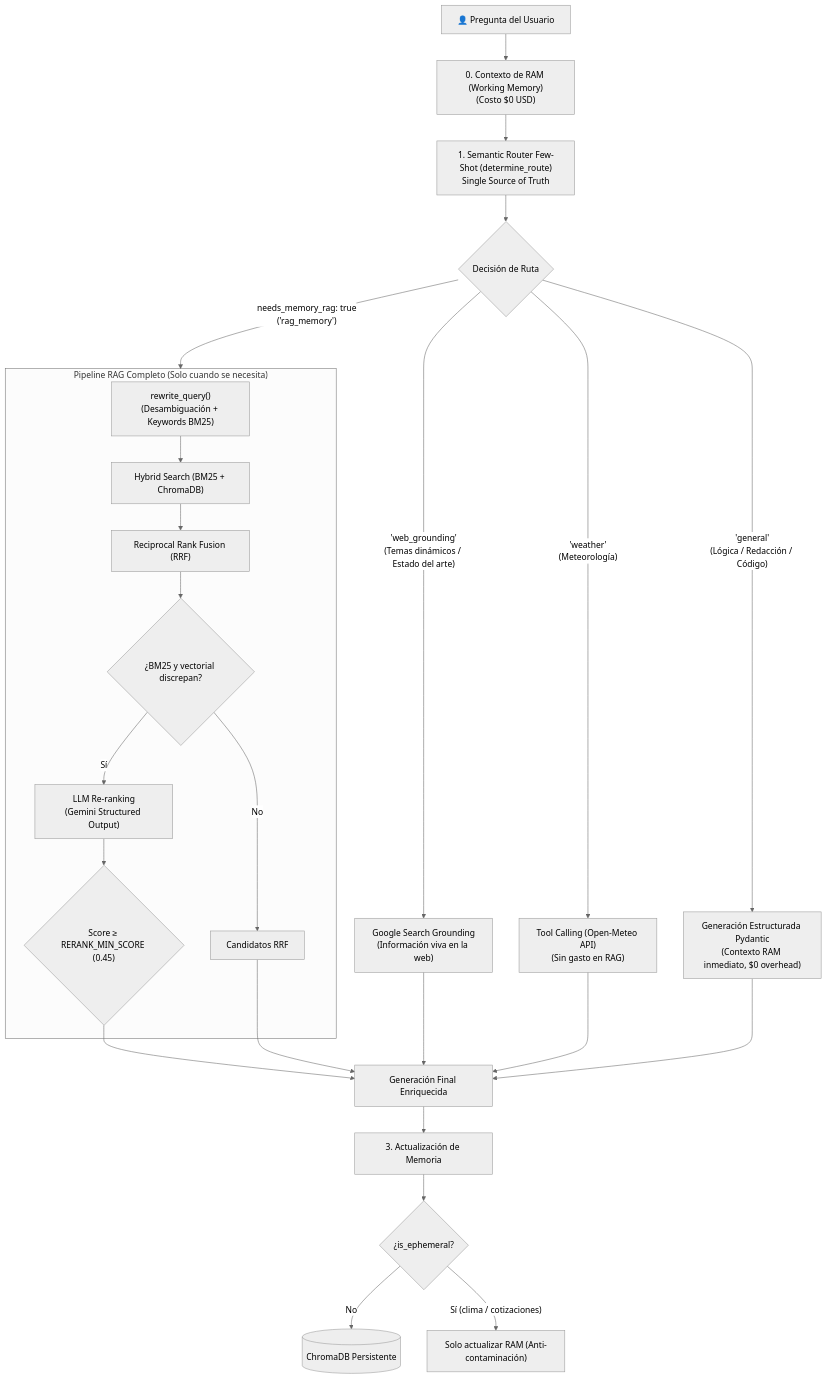
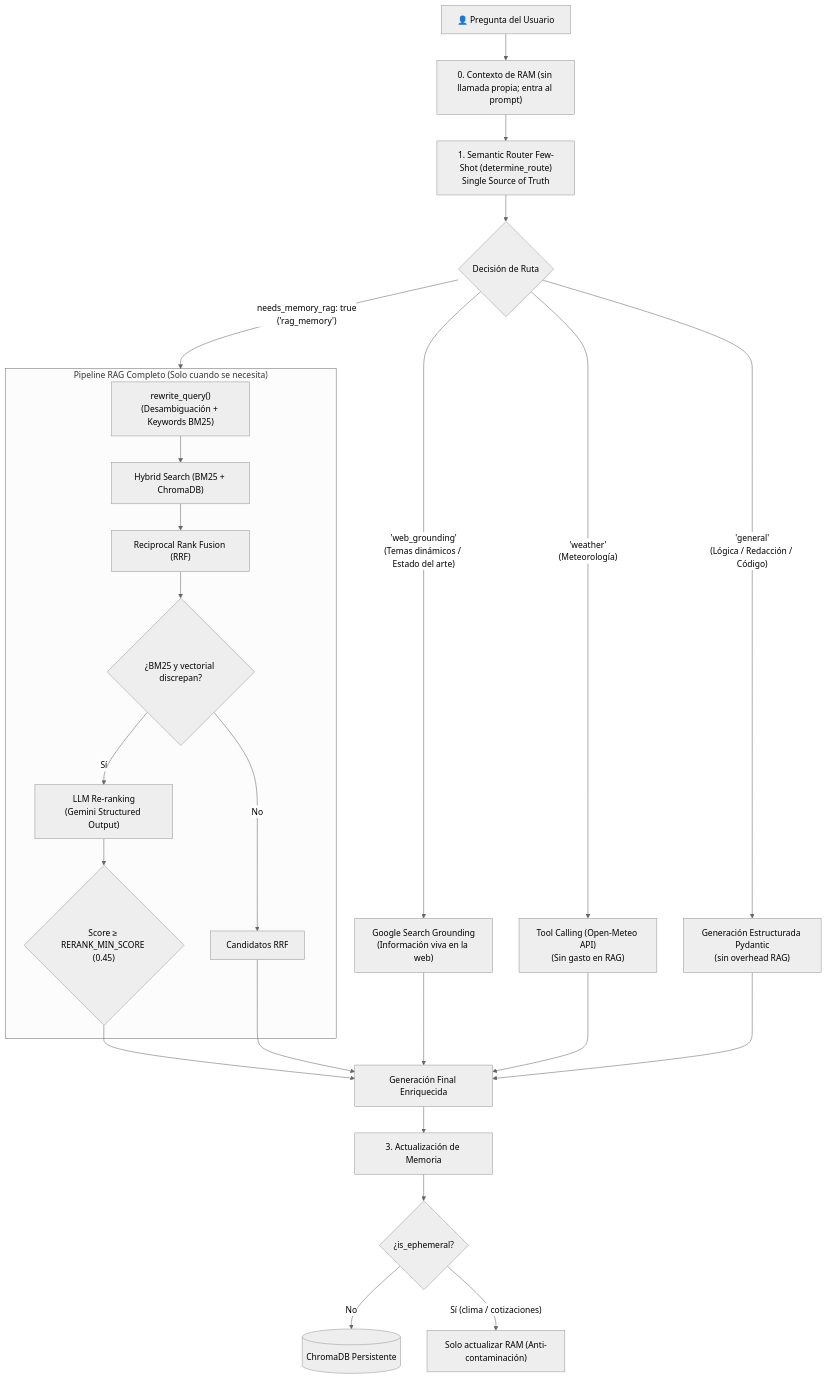
The second of 4 diagrams in README.md (misikss/llm-cli), drawn with Mermaid (neutral theme) before and after one commit. The commit also changed other lines of this file and 12 other files, not shown here.

````diff
--- a/README.md
+++ b/README.md
@@ -47,33 +47,33 @@
 ```mermaid
 flowchart TD
-    UserQuery["👤 Pregunta del Usuario"] --> RAMContext["0. Contexto de RAM (Working Memory)<br/>(Costo $0 USD)"]
+    UserQuery["👤 Pregunta del Usuario"] --> RAMContext["0. Contexto de RAM (sin llamada propia; entra al prompt)"]
     
     RAMContext --> Router["1. Semantic Router Few-Shot (determine_route)<br/>Single Source of Truth"]
     
     Router --> RouteDec{"Decisión de Ruta"}
     
     RouteDec -- "needs_memory_rag: true<br/>('rag_memory')" --> RAGPipeline["2. Advanced RAG Pipeline (Gateado)"]
     RouteDec -- "'web_grounding'<br/>(Temas dinámicos / Estado del arte)" --> WebGrounding["Google Search Grounding<br/>(Información viva en la web)"]
     RouteDec -- "'weather'<br/>(Meteorología)" --> WeatherTool["Tool Calling (Open-Meteo API)<br/>(Sin gasto en RAG)"]
-    RouteDec -- "'general'<br/>(Lógica / Redacción / Código)" --> DirectLLM["Generación Estructurada Pydantic<br/>(Contexto RAM inmediato, $0 overhead)"]
+    RouteDec -- "'general'<br/>(Lógica / Redacción / Código)" --> DirectLLM["Generación Estructurada Pydantic<br/>(sin overhead RAG)"]
     
     subgraph RAGPipeline ["Pipeline RAG Completo (Solo cuando se necesita)"]
         QE["rewrite_query()<br/>(Desambiguación + Keywords BM25)"] --> Hybrid["Hybrid Search (BM25 + ChromaDB)"]
         Hybrid --> RRF["Reciprocal Rank Fusion (RRF)"]
         RRF --> RerankGate{"¿BM25 y vectorial discrepan?"}
         RerankGate -- "Sí" --> LLMReranker["LLM Re-ranking<br/>(Gemini Structured Output)"]
         RerankGate -- "No" --> DirectContext["Candidatos RRF"]
         LLMReranker --> FilterScore{"Score ≥ RERANK_MIN_SCORE (0.45)"}
     end
     
     FilterScore --> LLMFinal["Generación Final Enriquecida"]
     DirectContext --> LLMFinal
     WebGrounding --> LLMFinal
     WeatherTool --> LLMFinal
     DirectLLM --> LLMFinal
     
     LLMFinal --> UpdateMem["3. Actualización de Memoria"]
     UpdateMem --> CheckEphemeral{"¿is_ephemeral?"}
     CheckEphemeral -- "No" --> ChromaPersist[("ChromaDB Persistente")]
     CheckEphemeral -- "Sí (clima / cotizaciones)" --> SkipChroma["Solo actualizar RAM (Anti-contaminación)"]
 ```
````
